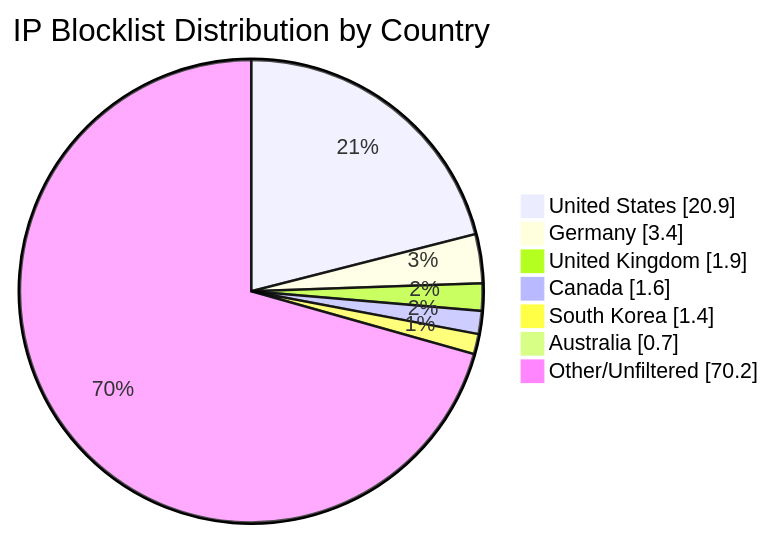
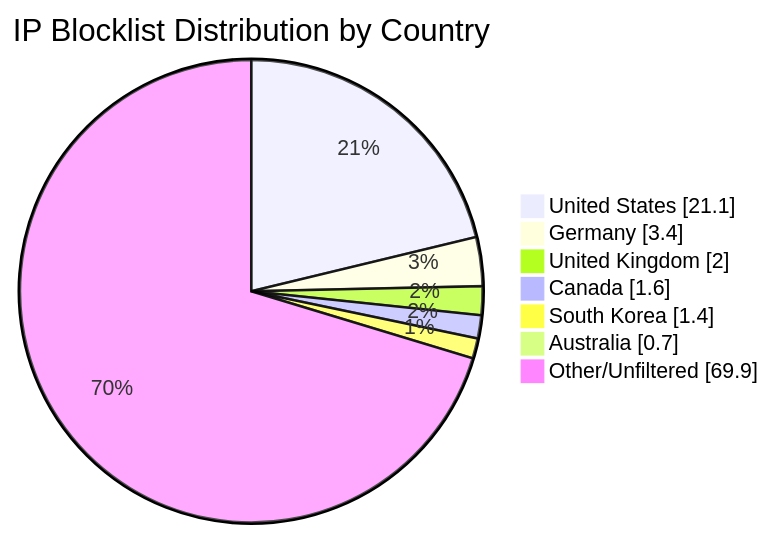
Before and after one commit to MarcusHoltz/ipblocklist-geofiltered-aggregator: the diagram in README.md, drawn with Mermaid. The commit also changed other lines of this file and 9 other files, not shown here.

````diff
--- a/README.md
+++ b/README.md
@@ -34,10 +34,10 @@
 ```mermaid
 pie showData title IP Blocklist Distribution by Country
-"United States" : 20.9
+"United States" : 21.1
 "Germany" : 3.4
-"United Kingdom" : 1.9
+"United Kingdom" : 2.0
 "Canada" : 1.6
 "South Korea" : 1.4
 "Australia" : 0.7
-"Other/Unfiltered" : 70.2
+"Other/Unfiltered" : 69.9
 ```
````
